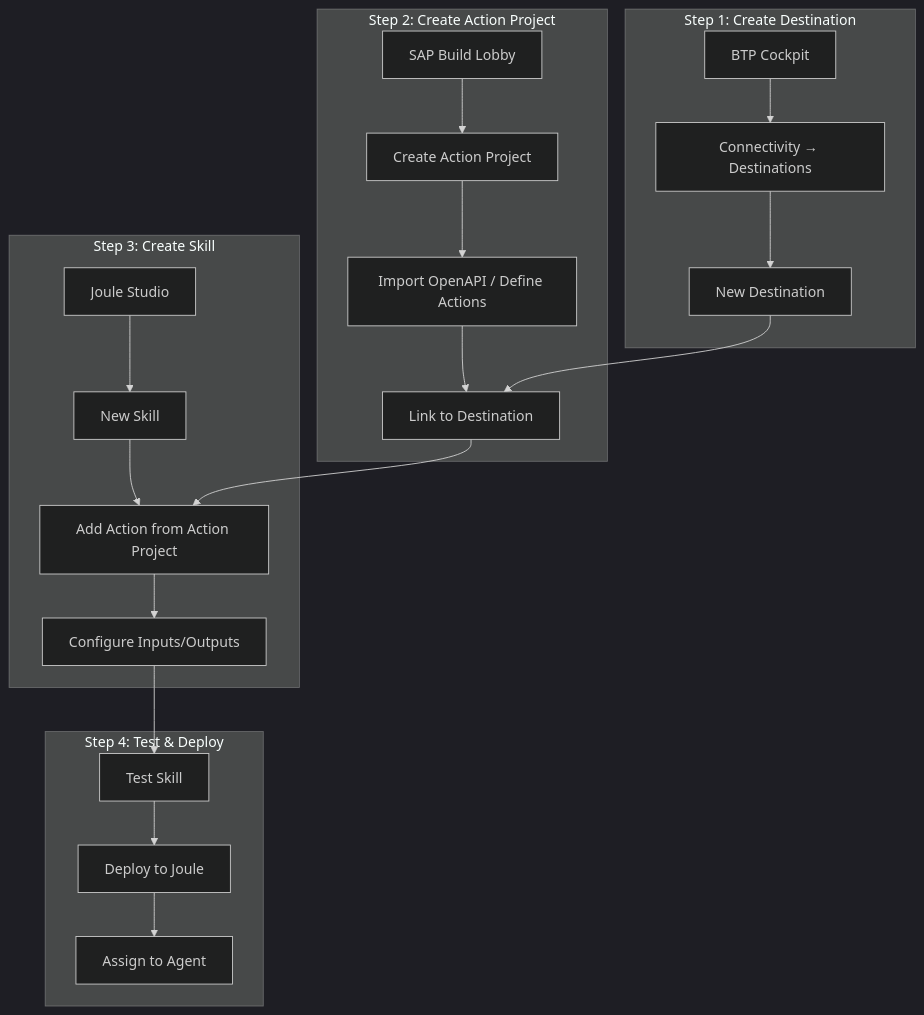
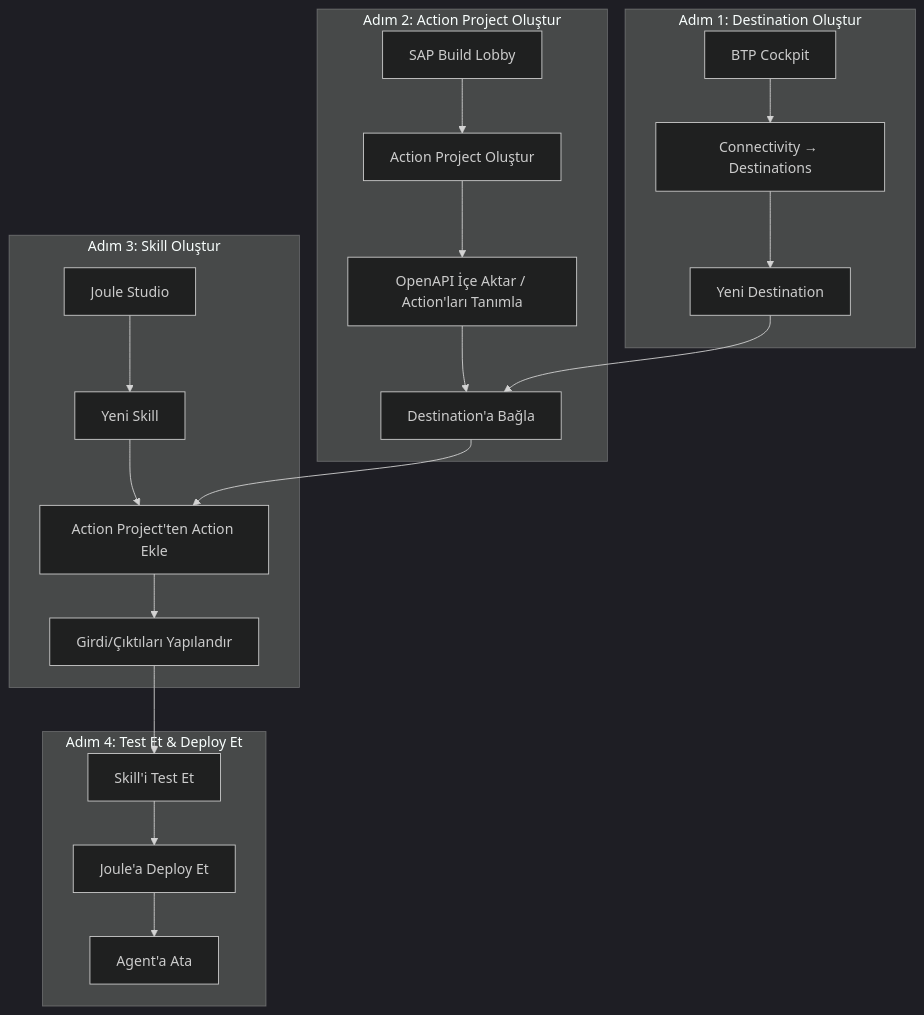
The first of 7 diagrams in Technical Tutorials/BTP/TR/chapters/09-first-joule-skill.md (beyhanmeyrali/sap-all), drawn with Mermaid (dark theme) before and after one commit. The commit also changed other lines of this file and 11 other files, not shown here.

````diff
--- a/Technical Tutorials/BTP/TR/chapters/09-first-joule-skill.md
+++ b/Technical Tutorials/BTP/TR/chapters/09-first-joule-skill.md
@@ -15,36 +15,36 @@
 ```mermaid
 flowchart TD
-    subgraph "Step 1: Create Destination"
+    subgraph "Adım 1: Destination Oluştur"
         D1[BTP Cockpit]
         D2[Connectivity → Destinations]
-        D3[New Destination]
+        D3[Yeni Destination]
         D1 --> D2 --> D3
     end
 
-    subgraph "Step 2: Create Action Project"
+    subgraph "Adım 2: Action Project Oluştur"
         A1[SAP Build Lobby]
-        A2[Create Action Project]
-        A3[Import OpenAPI / Define Actions]
-        A4[Link to Destination]
+        A2[Action Project Oluştur]
+        A3[OpenAPI İçe Aktar / Action'ları Tanımla]
+        A4[Destination'a Bağla]
         A1 --> A2 --> A3 --> A4
     end
 
-    subgraph "Step 3: Create Skill"
+    subgraph "Adım 3: Skill Oluştur"
         S1[Joule Studio]
-        S2[New Skill]
-        S3[Add Action from Action Project]
-        S4[Configure Inputs/Outputs]
+        S2[Yeni Skill]
+        S3[Action Project'ten Action Ekle]
+        S4[Girdi/Çıktıları Yapılandır]
         S1 --> S2 --> S3 --> S4
     end
 
-    subgraph "Step 4: Test & Deploy"
-        T1[Test Skill]
-        T2[Deploy to Joule]
-        T3[Assign to Agent]
+    subgraph "Adım 4: Test Et & Deploy Et"
+        T1[Skill'i Test Et]
+        T2[Joule'a Deploy Et]
+        T3[Agent'a Ata]
         T1 --> T2 --> T3
     end
 
     D3 --> A4
     A4 --> S3
     S4 --> T1
 ```
````
